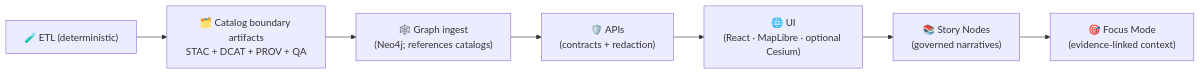
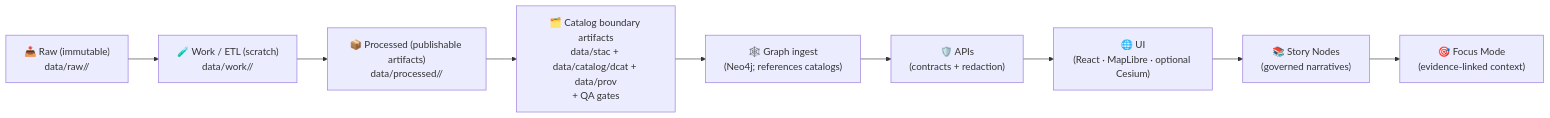
The diagram in tools/README.md (bartytime4life/Kansas-Frontier-Matrix), drawn with Mermaid before and after one commit. The commit also changed other lines of this file, not shown here.

````diff
--- a/tools/README.md
+++ b/tools/README.md
@@ -147,9 +164,11 @@
 ```mermaid
 flowchart LR
-  A["🧪 ETL (deterministic)"] --> B["🗂️ Catalog boundary artifacts<br/>STAC + DCAT + PROV + QA"]
-  B --> C["🕸️ Graph ingest<br/>(Neo4j; references catalogs)"]
-  C --> D["🛡️ APIs<br/>(contracts + redaction)"]
-  D --> E["🌐 UI<br/>(React · MapLibre · optional Cesium)"]
-  E --> F["📚 Story Nodes<br/>(governed narratives)"]
-  F --> G["🎯 Focus Mode<br/>(evidence-linked context)"]
+  A["📥 Raw (immutable)<br/>data/raw/<domain>/"] --> B["🧪 Work / ETL (scratch)<br/>data/work/<domain>/"]
+  B --> C["📦 Processed (publishable artifacts)<br/>data/processed/<domain>/"]
+  C --> D["🗂️ Catalog boundary artifacts<br/>data/stac + data/catalog/dcat + data/prov<br/>+ QA gates"]
+  D --> E["🕸️ Graph ingest<br/>(Neo4j; references catalogs)"]
+  E --> F["🛡️ APIs<br/>(contracts + redaction)"]
+  F --> G["🌐 UI<br/>(React · MapLibre · optional Cesium)"]
+  G --> H["📚 Story Nodes<br/>(governed narratives)"]
+  H --> I["🎯 Focus Mode<br/>(evidence-linked context)"]
 ```
````
